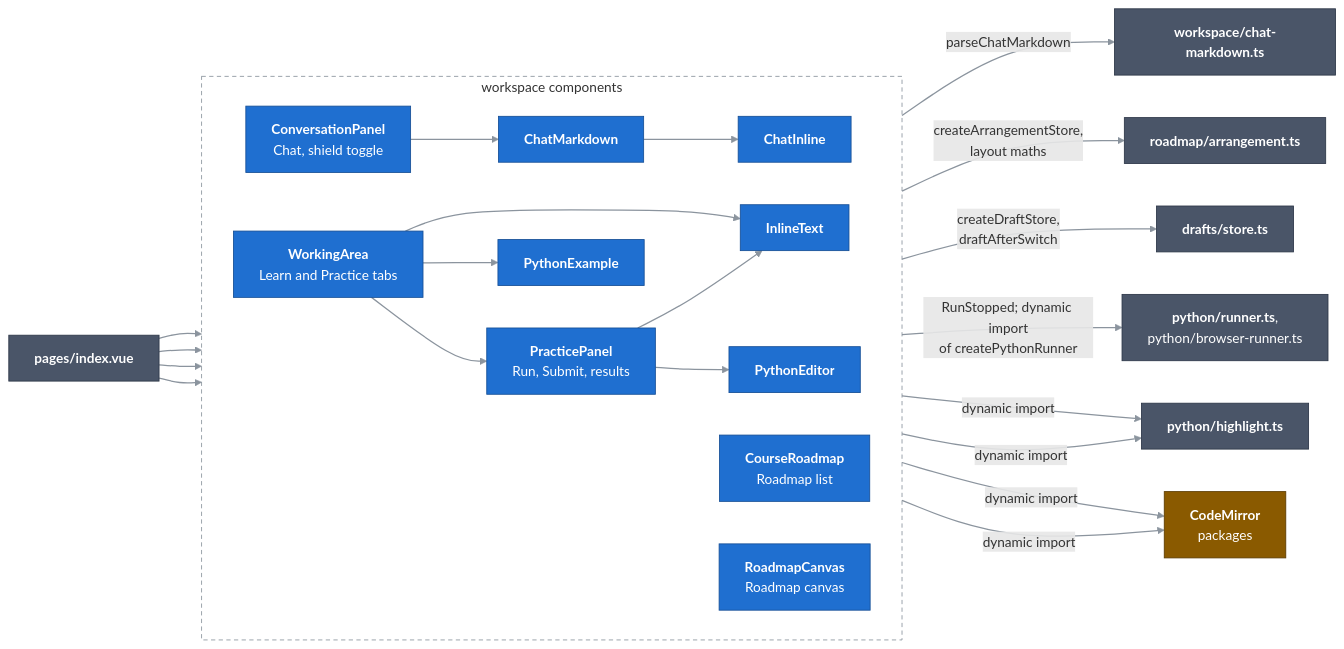
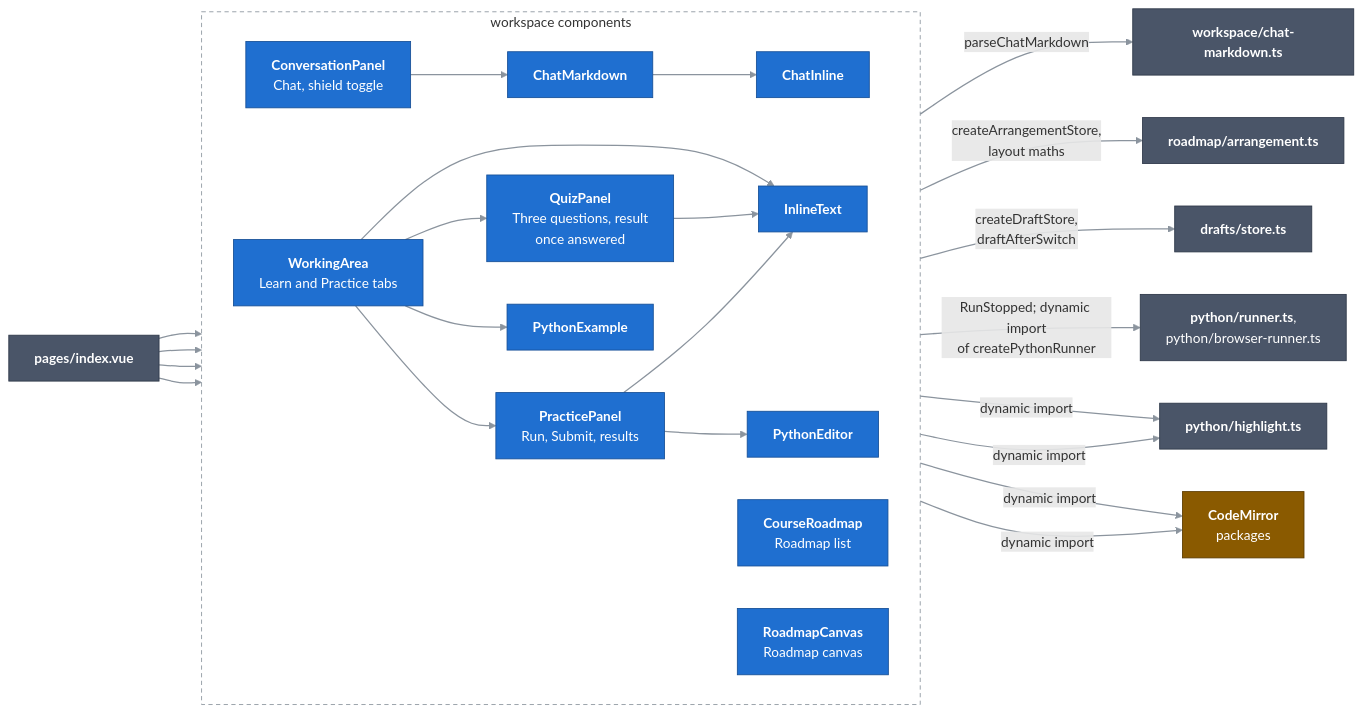
The diagram in docs/c4/03-components/web-app/02-workspace-components.md (Bill2926/COS40005_HN9_Verifiable_Co-Learner_Agent), drawn with Mermaid before and after one commit. The commit also changed other lines of this file and 12 other files, not shown here.

````diff
--- a/docs/c4/03-components/web-app/02-workspace-components.md
+++ b/docs/c4/03-components/web-app/02-workspace-components.md
@@ -11,52 +11,55 @@
 ```mermaid
 flowchart LR
   classDef comp fill:#1f6fd0,stroke:#164f96,color:#ffffff
   classDef near fill:#4a5568,stroke:#2d3748,color:#ffffff
   classDef ext fill:#8a5a00,stroke:#5c3c00,color:#ffffff
   linkStyle default stroke:#8b949e,stroke-width:1.5px
 
   index["<b>pages/index.vue</b>"]:::near
 
   subgraph ws["workspace components"]
     direction LR
     conv["<b>ConversationPanel</b><br/>Chat, shield toggle"]:::comp
     cm["<b>ChatMarkdown</b>"]:::comp
     ci["<b>ChatInline</b>"]:::comp
     cr["<b>CourseRoadmap</b><br/>Roadmap list"]:::comp
     rc["<b>RoadmapCanvas</b><br/>Roadmap canvas"]:::comp
     wa["<b>WorkingArea</b><br/>Learn and Practice tabs"]:::comp
+    qz["<b>QuizPanel</b><br/>Three questions, result<br/>once answered"]:::comp
     pp["<b>PracticePanel</b><br/>Run, Submit, results"]:::comp
     pe["<b>PythonEditor</b>"]:::comp
     px["<b>PythonExample</b>"]:::comp
     it["<b>InlineText</b>"]:::comp
   end
 
   chatmd["<b>workspace/chat-markdown.ts</b>"]:::near
   arr["<b>roadmap/arrangement.ts</b>"]:::near
   drafts["<b>drafts/store.ts</b>"]:::near
   runner["<b>python/runner.ts</b>,<br/>python/browser-runner.ts"]:::near
   hl["<b>python/highlight.ts</b>"]:::near
   cmpkg["<b>CodeMirror</b><br/>packages"]:::ext
 
   index --> conv
   index --> cr
   index --> rc
   index --> wa
   conv --> cm
   cm --> ci
   cm -->|"parseChatMarkdown"| chatmd
   rc -->|"createArrangementStore,<br/>layout maths"| arr
   wa --> pp
+  wa --> qz
   wa --> px
   wa --> it
+  qz --> it
   pp --> pe
   pp --> it
   pp -->|"createDraftStore,<br/>draftAfterSwitch"| drafts
   pp -->|"RunStopped; dynamic import<br/>of createPythonRunner"| runner
   pe -->|"dynamic import"| hl
   px -->|"dynamic import"| hl
   pe -->|"dynamic import"| cmpkg
   px -->|"dynamic import"| cmpkg
 
   style ws fill:none,stroke:#8b949e,stroke-dasharray:5 4
 ```
````
